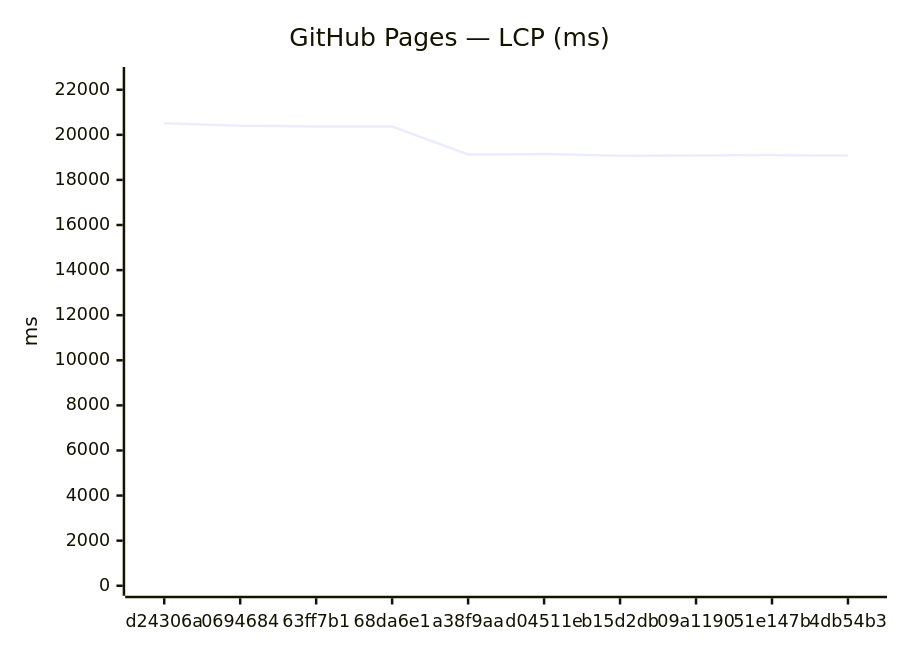
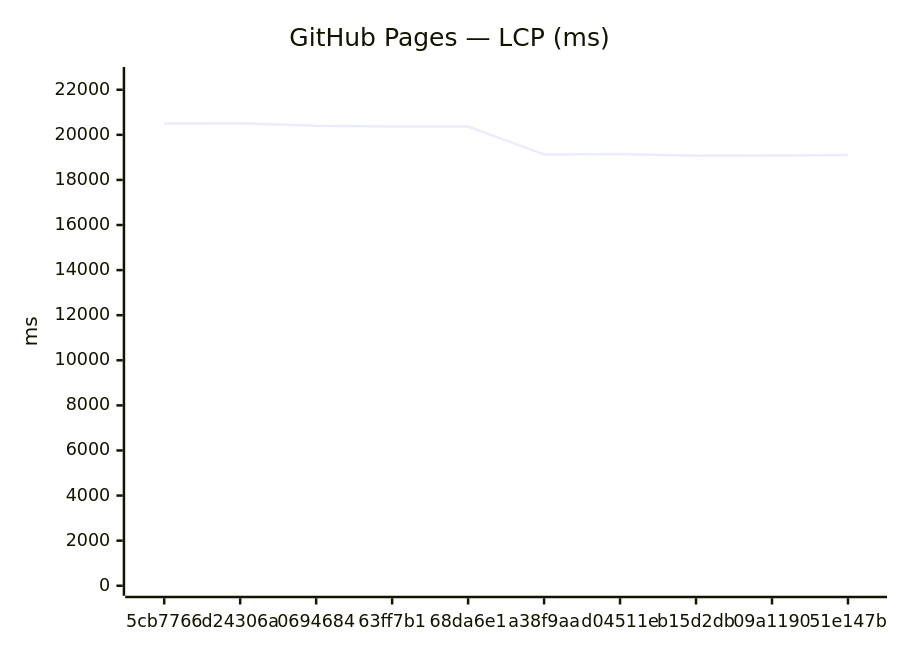
The third of 18 diagrams in benchmarks/compare.md (Metaheurist/Rianell), drawn with Mermaid before and after one commit. The commit also changed other lines of this file and 11 other files, not shown here.

````diff
--- a/benchmarks/compare.md
+++ b/benchmarks/compare.md
@@ -54,7 +54,7 @@
 ```mermaid
 xychart-beta
     title "GitHub Pages — LCP (ms)"
-    x-axis ["d24306a", "0694684", "63ff7b1", "68da6e1", "a38f9aa", "d04511e", "b15d2db", "09a1190", "51e147b", "4db54b3"]
+    x-axis ["5cb7766", "d24306a", "0694684", "63ff7b1", "68da6e1", "a38f9aa", "d04511e", "b15d2db", "09a1190", "51e147b"]
     y-axis "ms" 0 --> 22565
-    line [20513, 20406, 20374, 20366, 19133, 19145, 19077, 19086, 19101, 19086]
+    line [20501, 20513, 20406, 20374, 20366, 19133, 19145, 19077, 19086, 19101]
 ```
````
